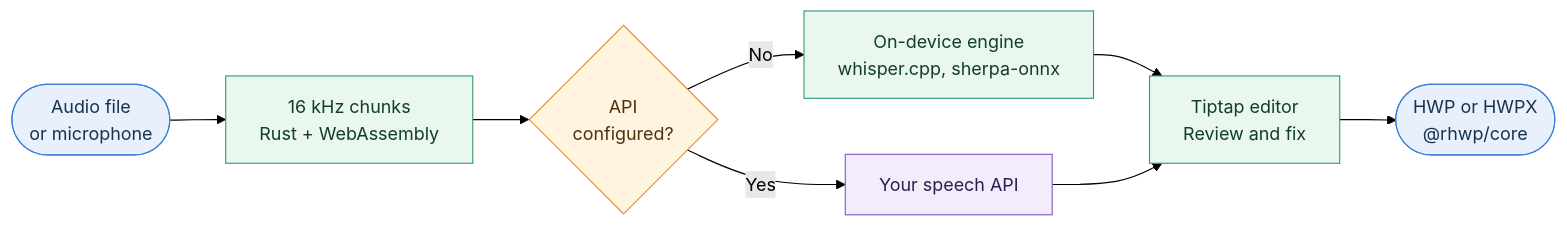
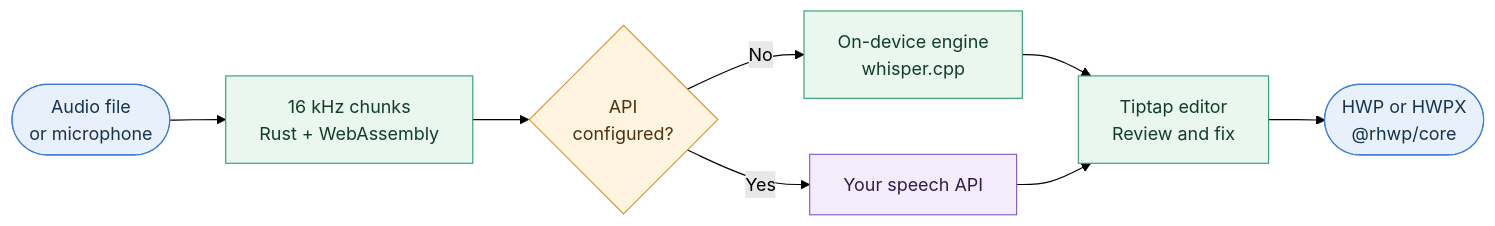
One commit to scorpion1201/malsaegim changed the diagram in README.md. Above: the diagram before and after it, drawn with Mermaid (forest theme). The commit also changed other lines of this file and 3 other files, not shown here.

First line of the commit message:
docs(engine): document Whisper turbo on-device engine

````diff
--- a/README.md
+++ b/README.md
@@ -118,19 +118,19 @@
 ```mermaid
 flowchart LR
     Input(["Audio file<br/>or microphone"]) --> Split["16 kHz chunks<br/>Rust + WebAssembly"]
     Split --> Router{"API<br/>configured?"}
-    Router -- "No" --> Local["On-device engine<br/>whisper.cpp, sherpa-onnx"]
+    Router -- "No" --> Local["On-device engine<br/>whisper.cpp"]
     Router -- "Yes" --> Remote["Your speech API"]
     Local --> Editor["Tiptap editor<br/>Review and fix"]
     Remote --> Editor
     Editor --> Export(["HWP or HWPX<br/>@rhwp/core"])
 
     classDef endpoint fill:#E8F1FB,stroke:#3B7DD8,color:#17324D
     classDef browser fill:#E9F7EF,stroke:#2F9E6E,color:#123D2B
     classDef decision fill:#FFF4E0,stroke:#D9902F,color:#4D3210
     classDef external fill:#F3ECFB,stroke:#8257C9,color:#2F1D4D
     class Input,Export endpoint
     class Split,Local,Editor browser
     class Router decision
     class Remote external
 ```
````
